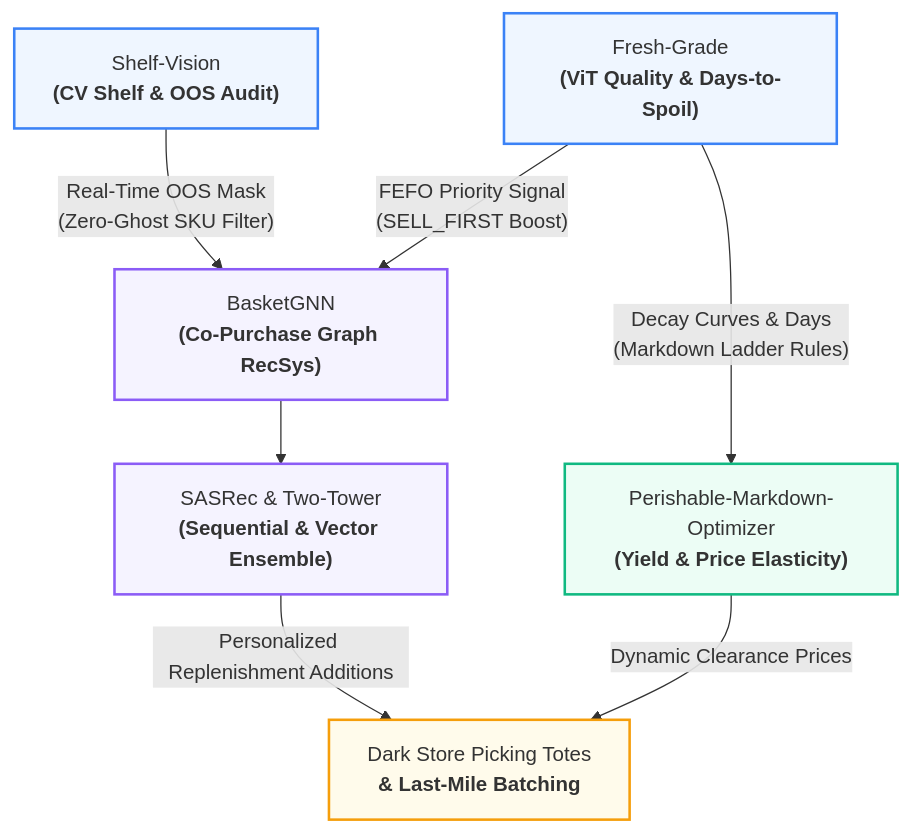
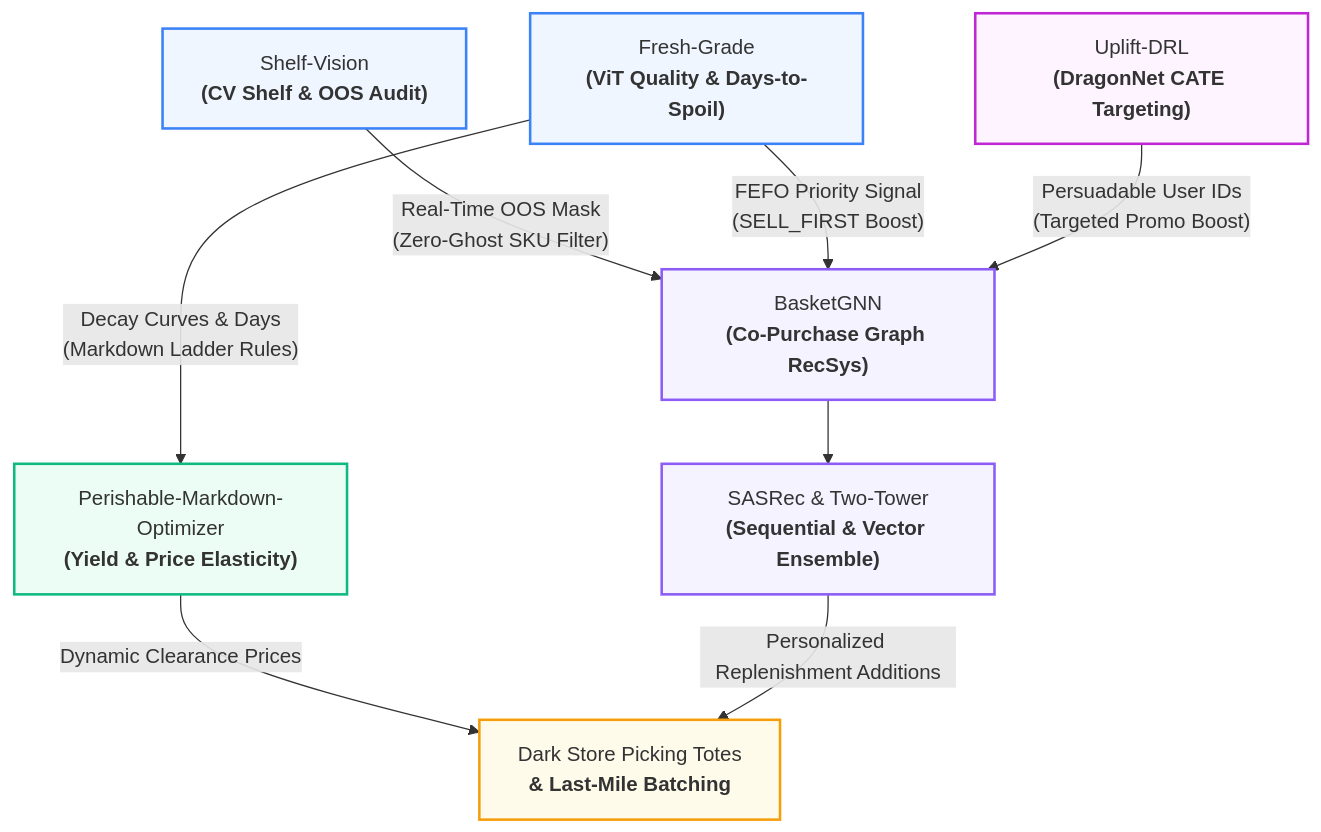
The diagram in README.md (findsamirks-commits/findsamirks-commits), drawn with Mermaid before and after one commit. The commit also changed other lines of this file, not shown here.

Commit message:
docs: integrate Uplift-DRL into Unified Autonomous Retail AI Mesh architecture diagram

````diff
--- a/README.md
+++ b/README.md
@@ -34,21 +34,24 @@
 ```mermaid
 flowchart TD
     classDef vision fill:#EFF6FF,stroke:#3B82F6,stroke-width:2px;
     classDef recsys fill:#F5F3FF,stroke:#8B5CF6,stroke-width:2px;
     classDef pricing fill:#ECFDF5,stroke:#10B981,stroke-width:2px;
+    classDef causal fill:#FDF4FF,stroke:#C026D3,stroke-width:2px;
     classDef ops fill:#FFFBEB,stroke:#F59E0B,stroke-width:2px;
 
     SV["Shelf-Vision<br/><b>(CV Shelf & OOS Audit)</b>"]:::vision
     FG["Fresh-Grade<br/><b>(ViT Quality & Days-to-Spoil)</b>"]:::vision
+    UD["Uplift-DRL<br/><b>(DragonNet CATE Targeting)</b>"]:::causal
     BG["BasketGNN<br/><b>(Co-Purchase Graph RecSys)</b>"]:::recsys
     ENS["SASRec & Two-Tower<br/><b>(Sequential & Vector Ensemble)</b>"]:::recsys
     PMO["Perishable-Markdown-Optimizer<br/><b>(Yield & Price Elasticity)</b>"]:::pricing
     OPS["Dark Store Picking Totes<br/><b>& Last-Mile Batching</b>"]:::ops
 
     SV -- "Real-Time OOS Mask<br/>(Zero-Ghost SKU Filter)" --> BG
     FG -- "FEFO Priority Signal<br/>(SELL_FIRST Boost)" --> BG
     FG -- "Decay Curves & Days<br/>(Markdown Ladder Rules)" --> PMO
+    UD -- "Persuadable User IDs<br/>(Targeted Promo Boost)" --> BG
     BG --> ENS
     PMO -- "Dynamic Clearance Prices" --> OPS
     ENS -- "Personalized Replenishment Additions" --> OPS
 ```
````
